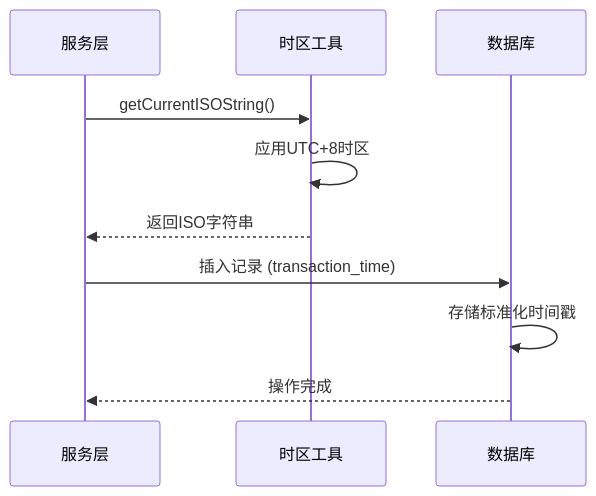
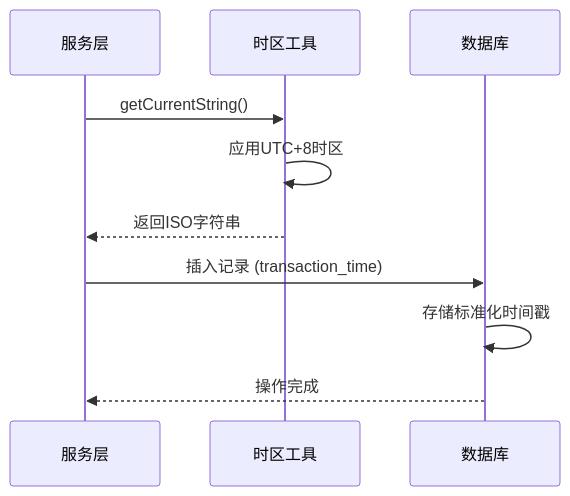
Diagram 16 of 21 in .qoder/repowiki/zh/content/架构设计/数据层架构设计/数据层架构设计.md (xiao-lin-unit/yuan), drawn with Mermaid before and after one commit. The commit also changed other lines of this file and 11 other files, not shown here.

````diff
--- a/.qoder/repowiki/zh/content/架构设计/数据层架构设计/数据层架构设计.md
+++ b/.qoder/repowiki/zh/content/架构设计/数据层架构设计/数据层架构设计.md
@@ -724,12 +724,12 @@
 ```mermaid
 sequenceDiagram
 participant Service as 服务层
 participant Timezone as 时区工具
 participant DB as 数据库
-Service->>Timezone : getCurrentISOString()
+Service->>Timezone : getCurrentString()
 Timezone->>Timezone : 应用UTC+8时区
 Timezone-->>Service : 返回ISO字符串
 Service->>DB : 插入记录 (transaction_time)
 DB->>DB : 存储标准化时间戳
 DB-->>Service : 操作完成
 ```
````
